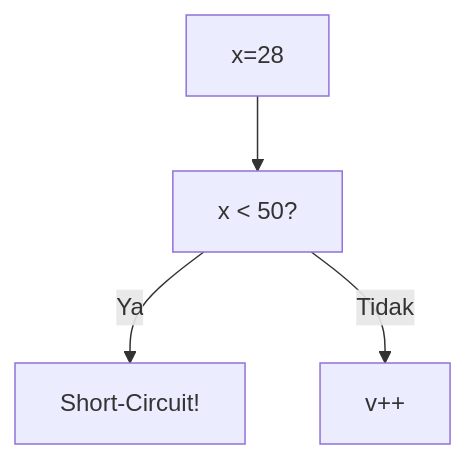
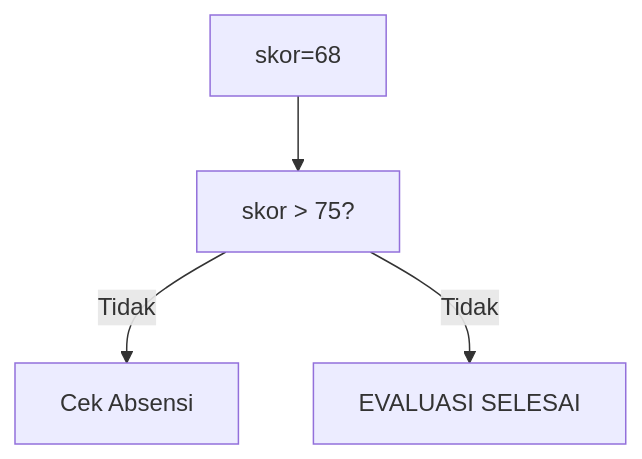
One commit to amnahwaida/OSNK_INF_PREP changed diagram 15 of 25 in part-c-pemahaman-cpp/02-percabangan/latihan/set-11.md. Above: the diagram before and after it, drawn with Mermaid. The commit also changed other lines of this file and 71 other files, not shown here.

````diff
--- a/part-c-pemahaman-cpp/02-percabangan/latihan/set-11.md
+++ b/part-c-pemahaman-cpp/02-percabangan/latihan/set-11.md
@@ -418,6 +440,6 @@
 ```mermaid
 graph TD
-A["x=28"] --> B["x < 50?"]
-B -- Ya --> C["Short-Circuit!"]
-B -- Tidak --> D["v++"]
+A["skor=68"] --> B["skor > 75?"]
+B -- Tidak --> C["Cek Absensi"]
+B -- Tidak --> D["EVALUASI SELESAI"]
 ```
````
